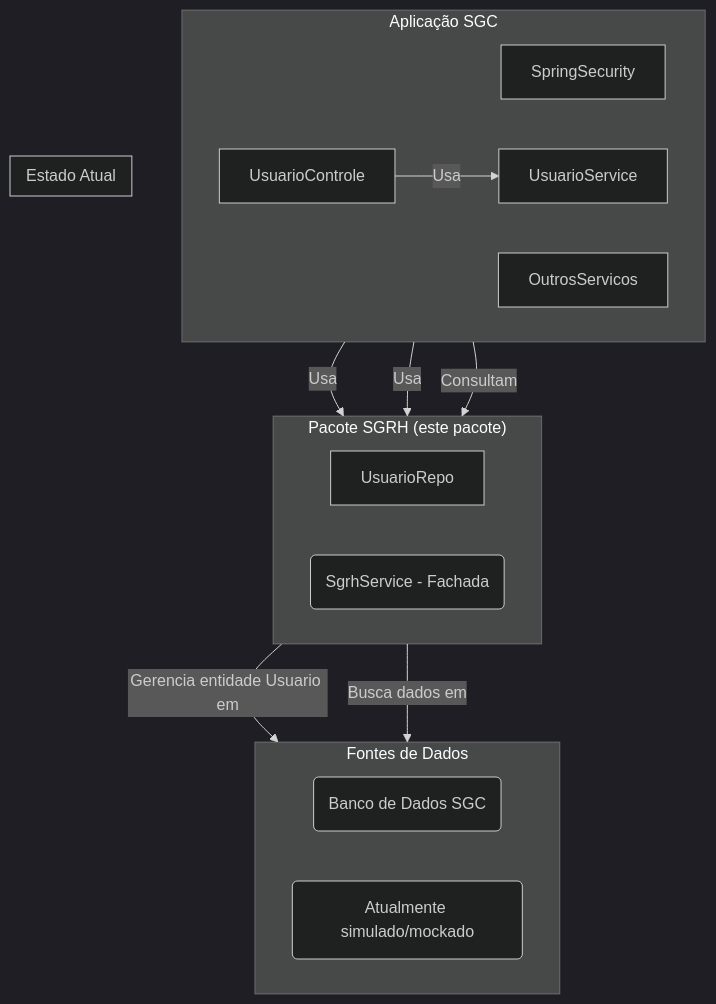
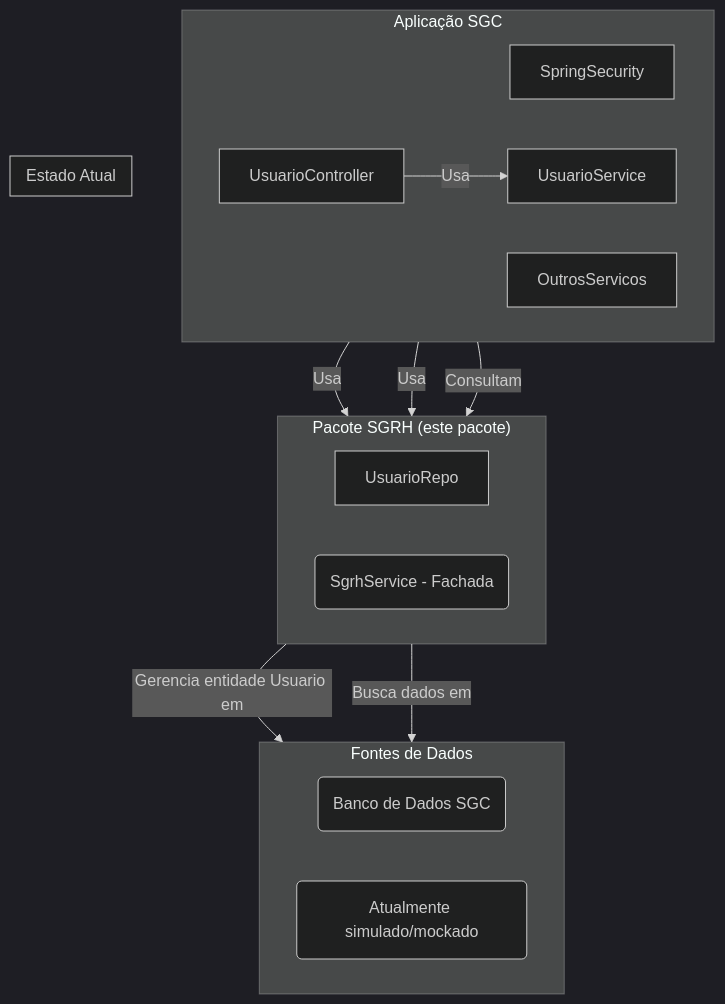
Before and after one commit to lgalvao/sgc: the diagram in backend/src/main/java/sgc/sgrh/README.md, drawn with Mermaid (dark theme). The commit also changed other lines of this file and 13 other files, not shown here.

````diff
--- a/backend/src/main/java/sgc/sgrh/README.md
+++ b/backend/src/main/java/sgc/sgrh/README.md
@@ -14,33 +14,33 @@
 ```mermaid
 graph TD
     subgraph "Aplicação SGC"
         direction LR
         SpringSecurity
         OutrosServicos
-        UsuarioControle
+        UsuarioController
         UsuarioService
     end
 
     subgraph "Pacote SGRH (este pacote)"
         direction LR
         UsuarioRepo
         SgrhServiceFacade(SgrhService - Fachada)
     end
 
     subgraph "Fontes de Dados"
         direction LR
         DB_SGC(Banco de Dados SGC)
         SGRH_Externo(Sistema Externo de RH)
     end
 
     SpringSecurity & UsuarioService -- Usa --> UsuarioRepo
     UsuarioRepo -- Gerencia entidade Usuario em --> DB_SGC
-    UsuarioControle -- Usa --> UsuarioService
+    UsuarioController -- Usa --> UsuarioService
 
     OutrosServicos -- Consultam --> SgrhServiceFacade
     SgrhServiceFacade -- Busca dados em --> SGRH_Externo
 
     subgraph "Estado Atual"
        SGRH_Externo(Atualmente simulado/mockado)
     end
 ```
````
